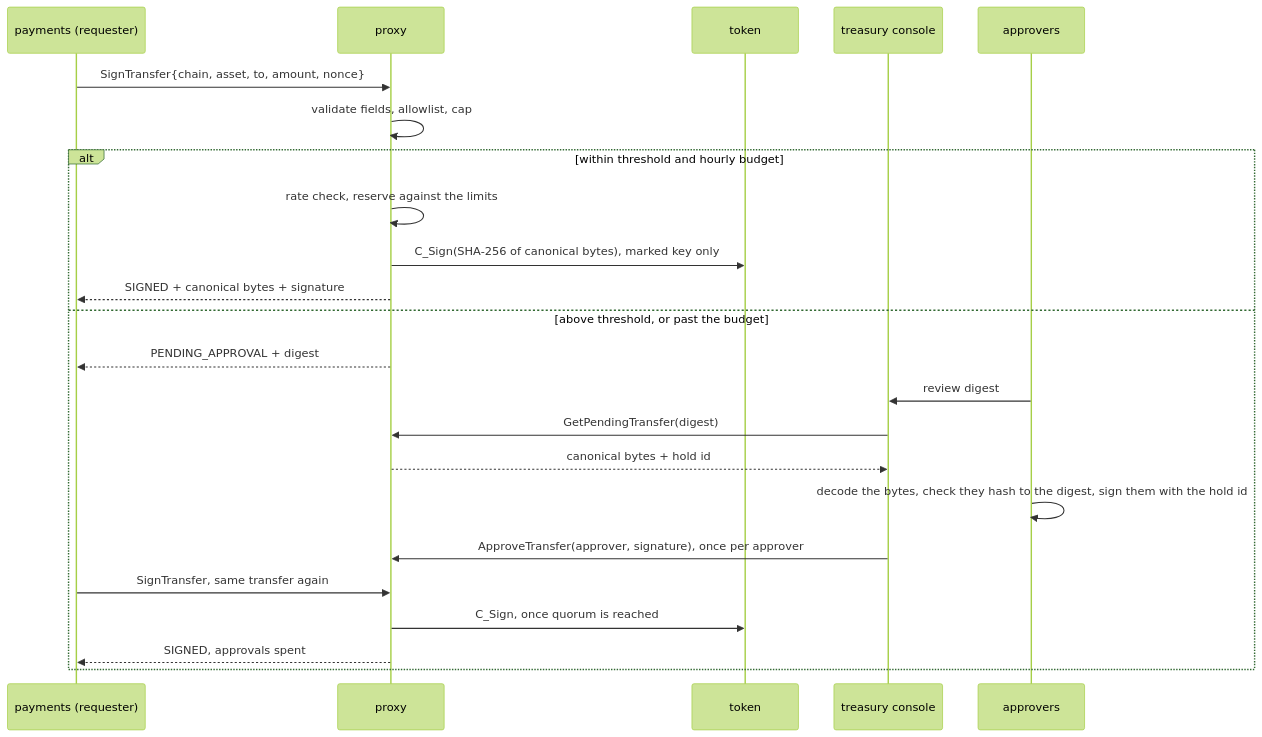
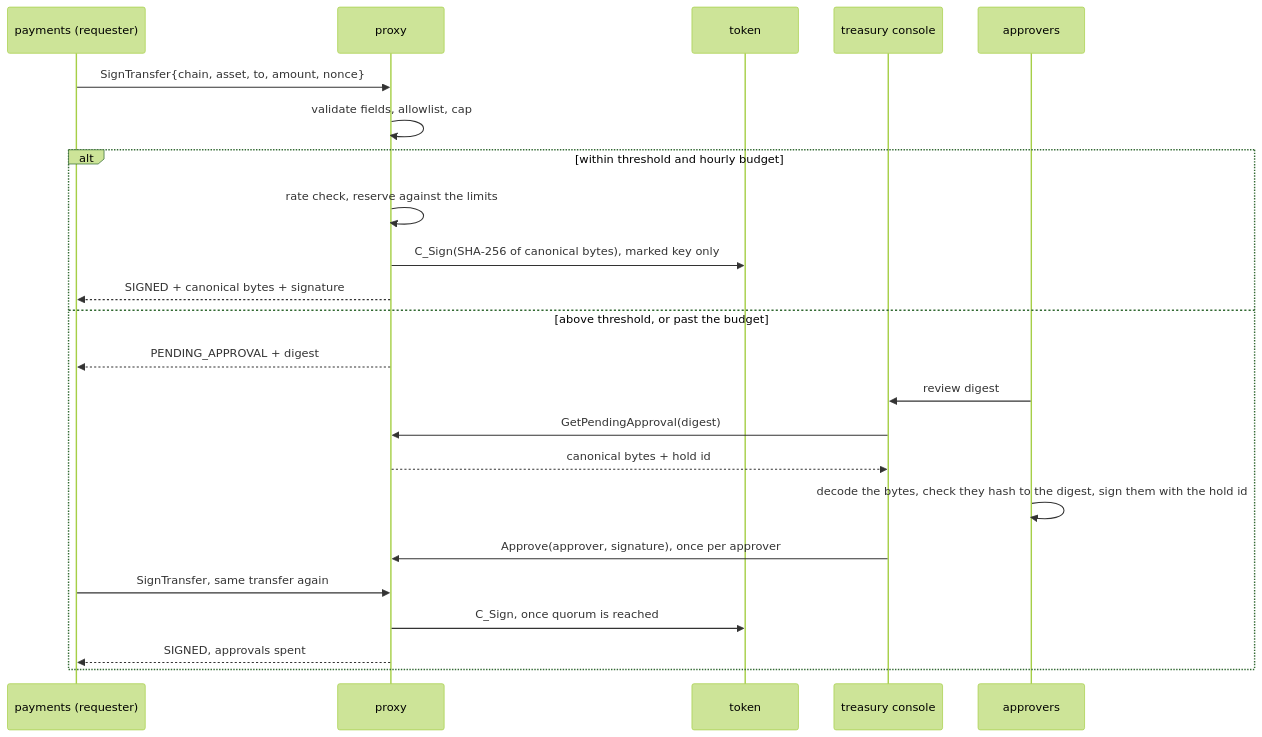
The diagram in docs/m10-transfer-keys.md (DLtxt/gRPC-low-latency), drawn with Mermaid (forest theme) before and after one commit. The commit also changed other lines of this file and 43 other files, not shown here.

````diff
--- a/docs/m10-transfer-keys.md
+++ b/docs/m10-transfer-keys.md
@@ -60,26 +61,26 @@
 ```mermaid
 sequenceDiagram
     participant P as payments (requester)
     participant X as proxy
     participant T as token
     participant R as treasury console
     participant A as approvers
 
     P->>X: SignTransfer{chain, asset, to, amount, nonce}
     X->>X: validate fields, allowlist, cap
     alt within threshold and hourly budget
         X->>X: rate check, reserve against the limits
         X->>T: C_Sign(SHA-256 of canonical bytes), marked key only
         X-->>P: SIGNED + canonical bytes + signature
     else above threshold, or past the budget
         X-->>P: PENDING_APPROVAL + digest
         A->>R: review digest
-        R->>X: GetPendingTransfer(digest)
+        R->>X: GetPendingApproval(digest)
         X-->>R: canonical bytes + hold id
         A->>A: decode the bytes, check they hash to the digest, sign them with the hold id
-        R->>X: ApproveTransfer(approver, signature), once per approver
+        R->>X: Approve(approver, signature), once per approver
         P->>X: SignTransfer, same transfer again
         X->>T: C_Sign, once quorum is reached
         X-->>P: SIGNED, approvals spent
     end
 ```
````
